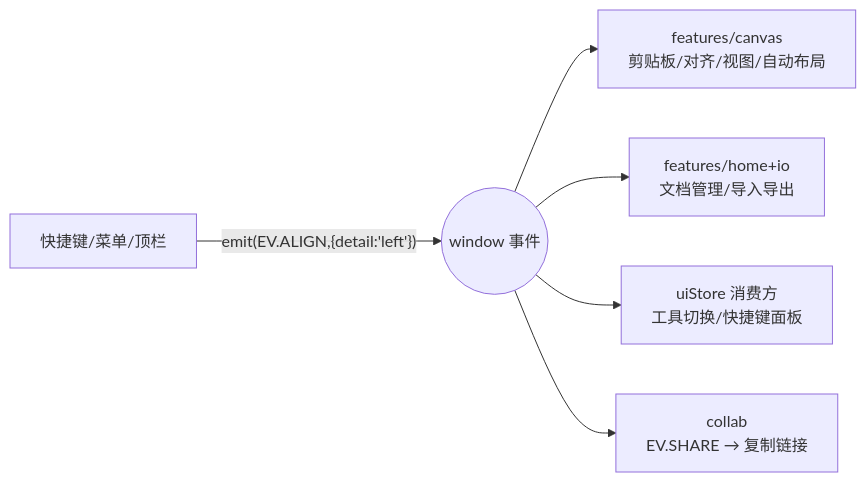
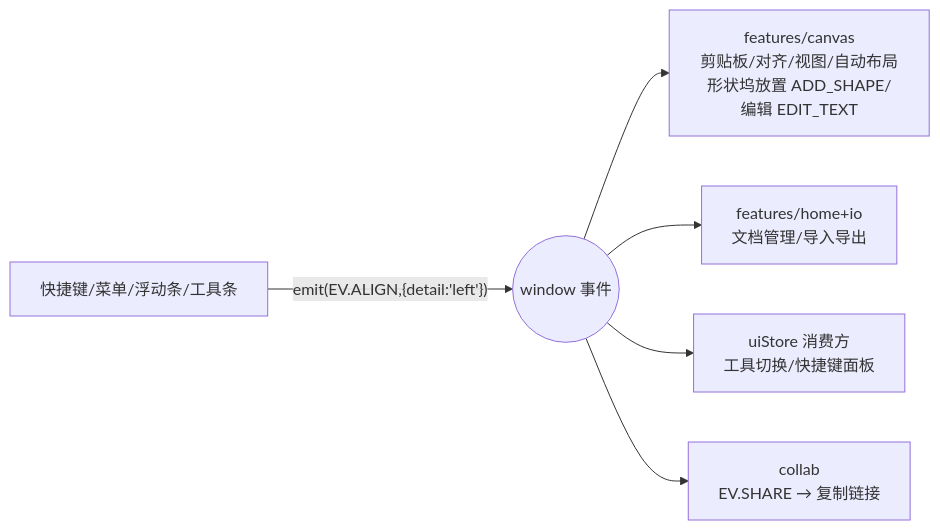
The sixth of 6 diagrams in docs/ARCHITECTURE.md (Aqua196/diagramstudio), drawn with Mermaid before and after one commit. The commit also changed other lines of this file and 62 other files, not shown here.

First line of the commit message:
docs+polish: 改版文档全量同步、性能口径重测、手册配图可重生成

````diff
--- a/docs/ARCHITECTURE.md
+++ b/docs/ARCHITECTURE.md
@@ -280,8 +280,8 @@
 ```mermaid
 flowchart LR
-    KB[快捷键/菜单/顶栏] -- "emit(EV.ALIGN,{detail:'left'})" --> BUS((window 事件))
-    BUS --> CV3[features/canvas<br/>剪贴板/对齐/视图/自动布局]
+    KB[快捷键/菜单/浮动条/工具条] -- "emit(EV.ALIGN,{detail:'left'})" --> BUS((window 事件))
+    BUS --> CV3[features/canvas<br/>剪贴板/对齐/视图/自动布局<br/>形状坞放置 ADD_SHAPE/编辑 EDIT_TEXT]
     BUS --> HOME2[features/home+io<br/>文档管理/导入导出]
     BUS --> UIS[uiStore 消费方<br/>工具切换/快捷键面板]
     BUS --> CLB[collab<br/>EV.SHARE → 复制链接]
 ```
````
